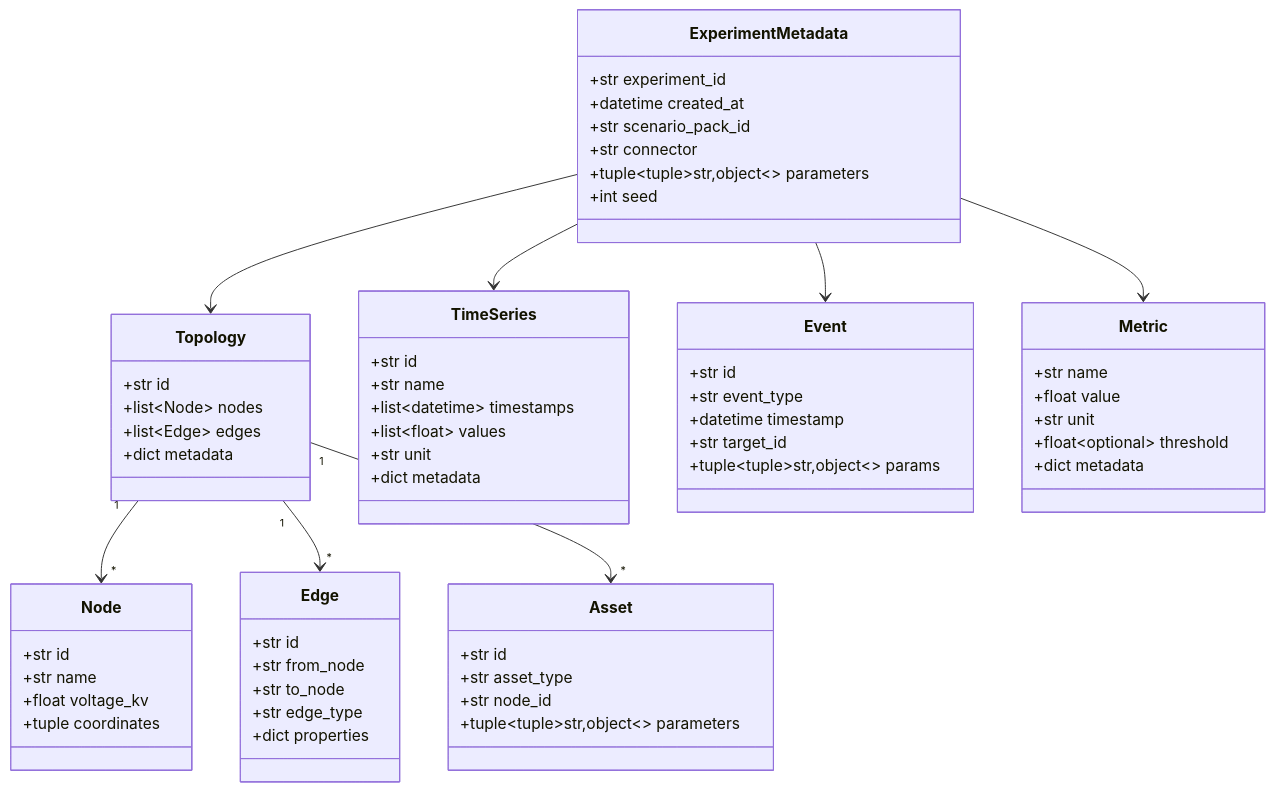
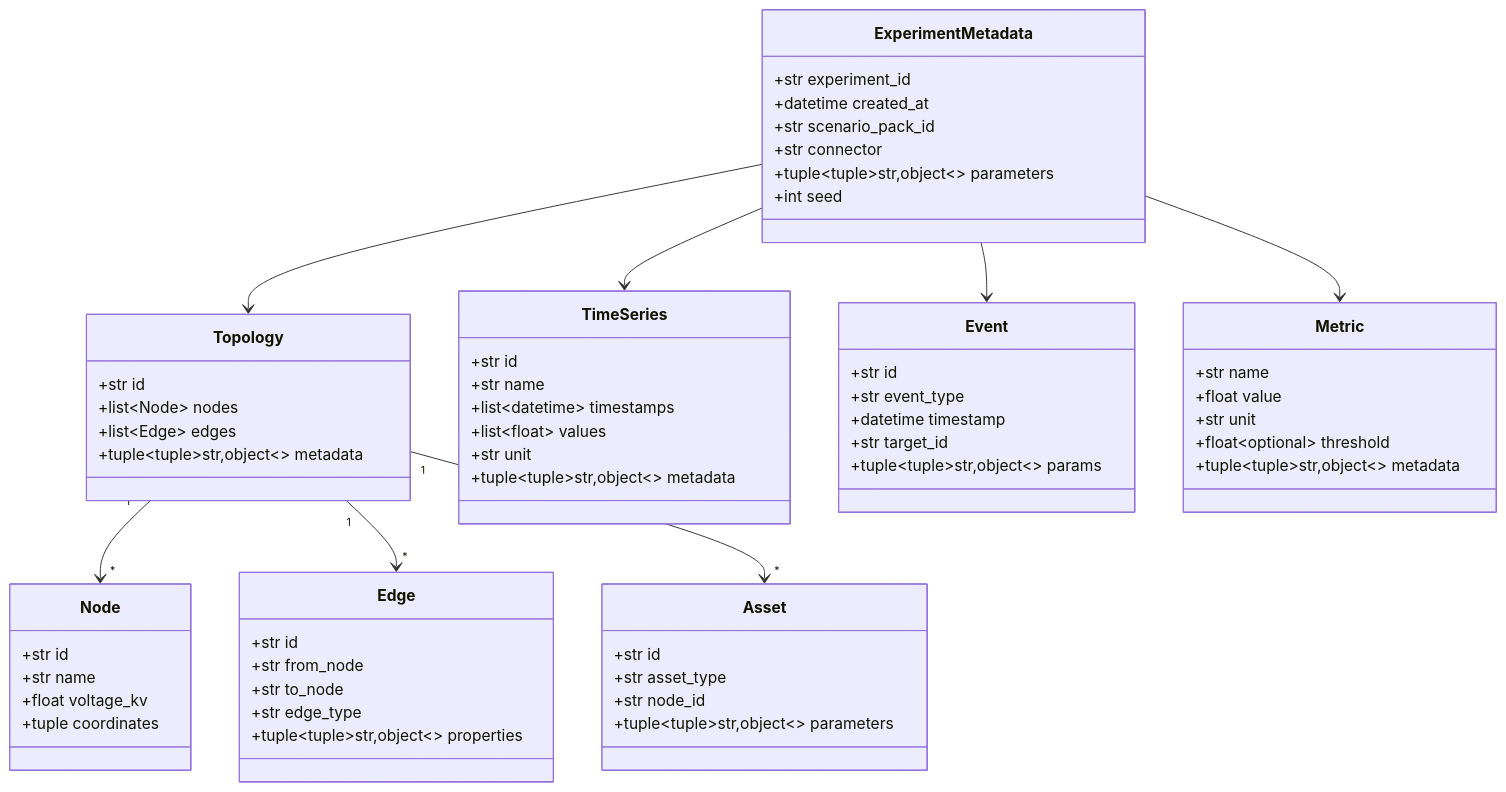
One commit to bottlenome/gridflow changed the second of 3 diagrams in docs/basic_design/05_data_design.md. Above: the diagram before and after it, drawn with Mermaid. The commit also changed other lines of this file and 3 other files, not shown here.

First line of the commit message:
docs: 妥協なき不変原則徹底 - metadata/properties も tuple 化

````diff
--- a/docs/basic_design/05_data_design.md
+++ b/docs/basic_design/05_data_design.md
@@ -150,73 +151,73 @@
 ```mermaid
 classDiagram
     class Topology {
         +str id
         +list~Node~ nodes
         +list~Edge~ edges
-        +dict metadata
+        +tuple~tuple~str,object~~ metadata
     }
 
     class Node {
         +str id
         +str name
         +float voltage_kv
         +tuple coordinates
     }
 
     class Edge {
         +str id
         +str from_node
         +str to_node
         +str edge_type
-        +dict properties
+        +tuple~tuple~str,object~~ properties
     }
 
     class Asset {
         +str id
         +str asset_type
         +str node_id
         +tuple~tuple~str,object~~ parameters
     }
 
     class TimeSeries {
         +str id
         +str name
         +list~datetime~ timestamps
         +list~float~ values
         +str unit
-        +dict metadata
+        +tuple~tuple~str,object~~ metadata
     }
 
     class Event {
         +str id
         +str event_type
         +datetime timestamp
         +str target_id
         +tuple~tuple~str,object~~ params
     }
 
     class Metric {
         +str name
         +float value
         +str unit
         +float~optional~ threshold
-        +dict metadata
+        +tuple~tuple~str,object~~ metadata
     }
 
     class ExperimentMetadata {
         +str experiment_id
         +datetime created_at
         +str scenario_pack_id
         +str connector
         +tuple~tuple~str,object~~ parameters
         +int seed
     }
 
     Topology "1" --> "*" Node
     Topology "1" --> "*" Edge
     Topology "1" --> "*" Asset
     ExperimentMetadata --> Topology
     ExperimentMetadata --> TimeSeries
     ExperimentMetadata --> Event
     ExperimentMetadata --> Metric
 ```
````
